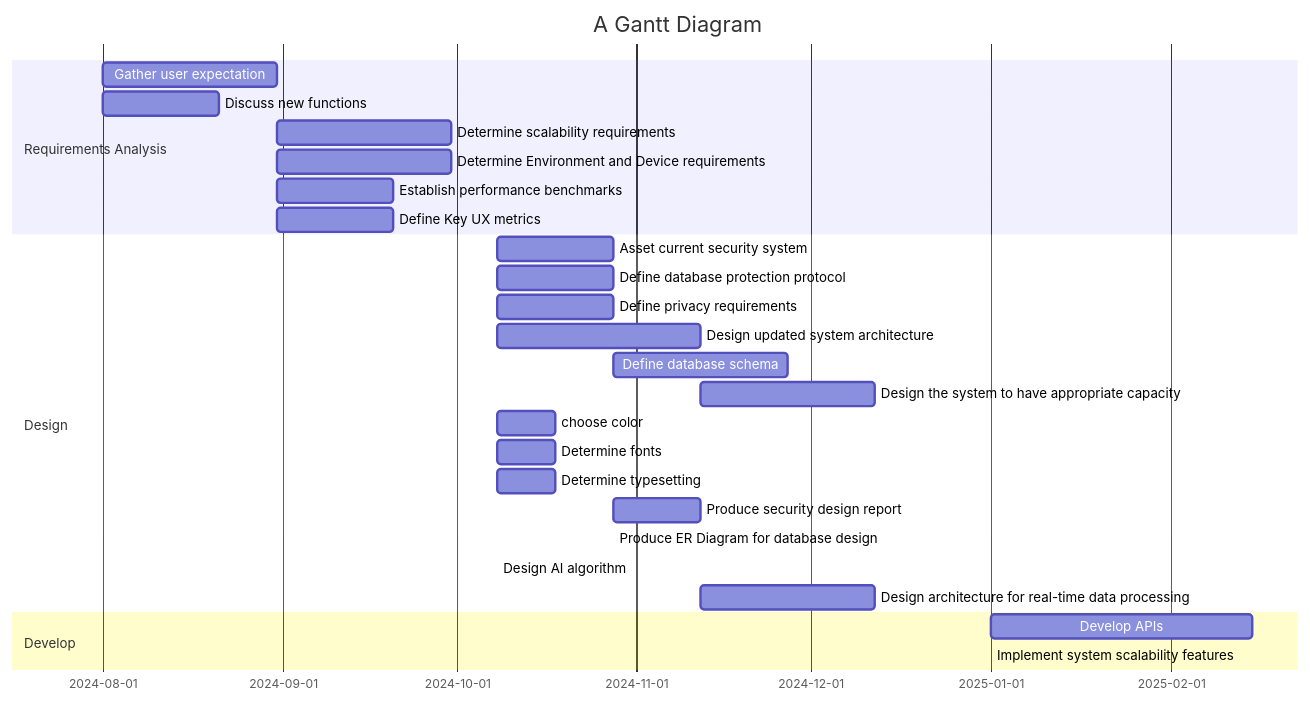
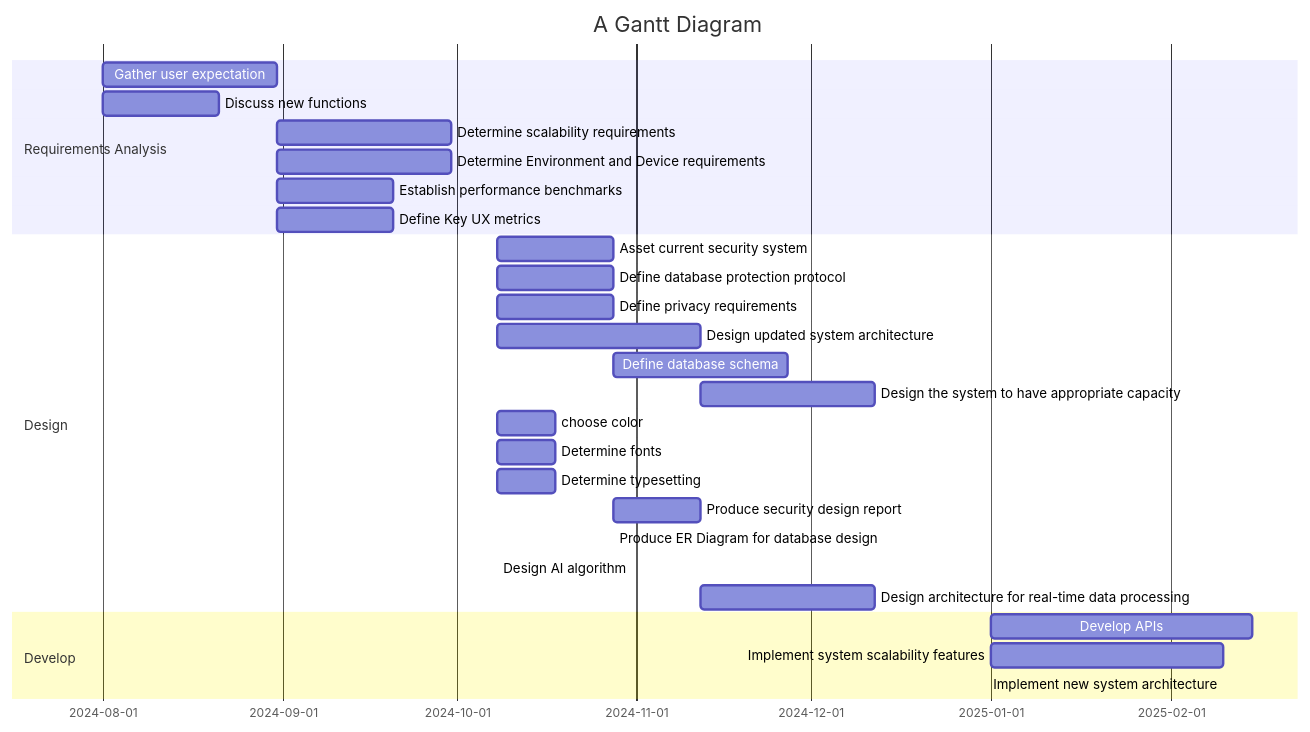
Before and after one commit to sayshelley/iodraw-files: the diagram in all/Untitled-3.md, drawn with Mermaid.

Commit message:
2024-10-06 23:13:40 update

````diff
--- a/all/Untitled-3.md
+++ b/all/Untitled-3.md
@@ -1,35 +1,36 @@
 ```mermaid
 gantt
     title A Gantt Diagram
     dateFormat  YYYY-MM-DD
     section Requirements Analysis
         Gather user expectation: a4, 2024-08-01, 30d
         Discuss new functions: a6, 2024-08-01, 20d
         Determine scalability requirements: a1, after a4, 30d
         Determine Environment and Device requirements: a2, after a4, 30d
         Establish performance benchmarks: a3, after a4, 20d
         Define Key UX metrics: a5, after a4, 20d
         
     section Design
         Asset current security system: b1, 2024-10-08, 20d
         Define database protection protocol: b2, 2024-10-08, 20d
         Define privacy requirements: b3, 2024-10-08, 20d
         Design updated system architecture: b4, 2024-10-08, 35d
         Define database schema: b5, after b2, 30d
         Design the system to have appropriate capacity: b6, after b4, 30d
         choose color: b7, 2024-10-08, 10d
         Determine fonts: b8, 2024-10-08, 10d
         Determine typesetting: b9, 2024-10-08, 10d
         Produce security design report: b10, 2024-10-28 ,15d
         Produce ER Diagram for database design: b11, 2024-10-28, 15
         Design AI algorithm: b12, 2024-10-08, 35
         Design architecture for real-time data processing: b13, 2024-11-12,30d
     section Develop
         Develop APIs: c1, 2025-01-01, 45d
-        Implement system scalability features: c2, 2025-01-01, 
+        Implement system scalability features: c2, 2025-01-01, 40d
+        Implement new system architecture: 
 
     
 
 
    
 ```
````
